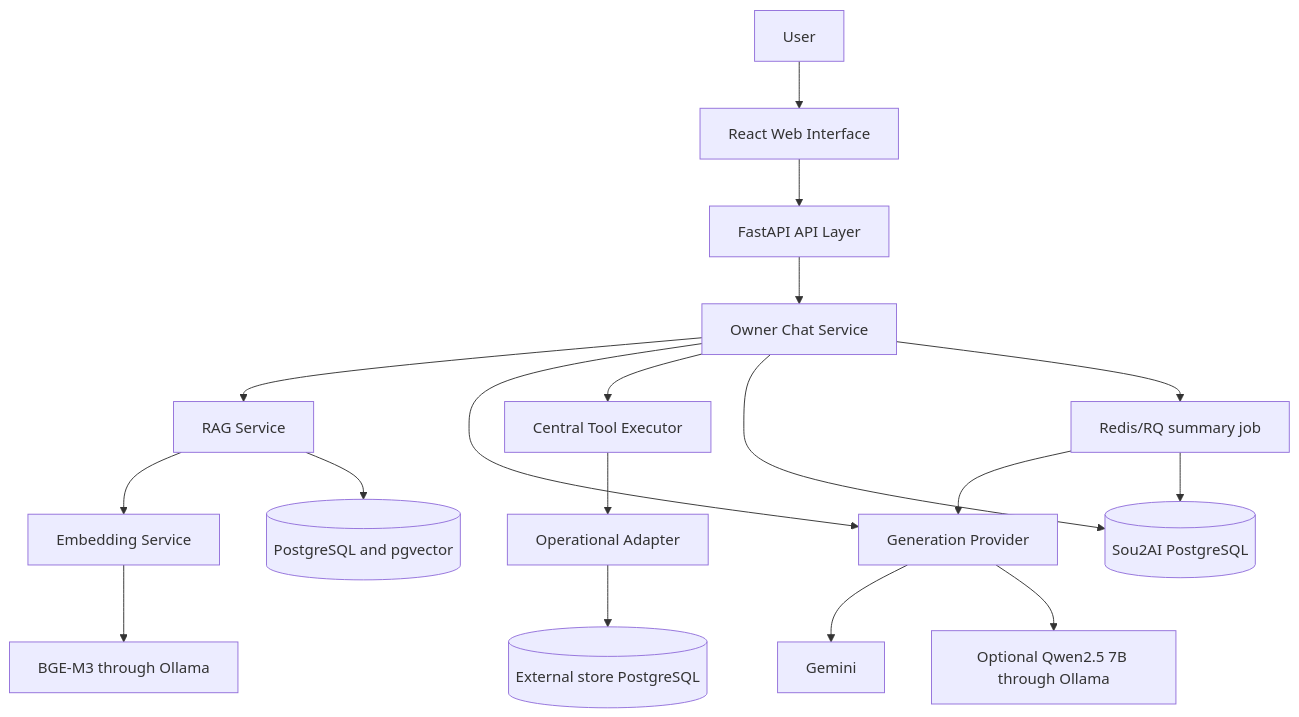
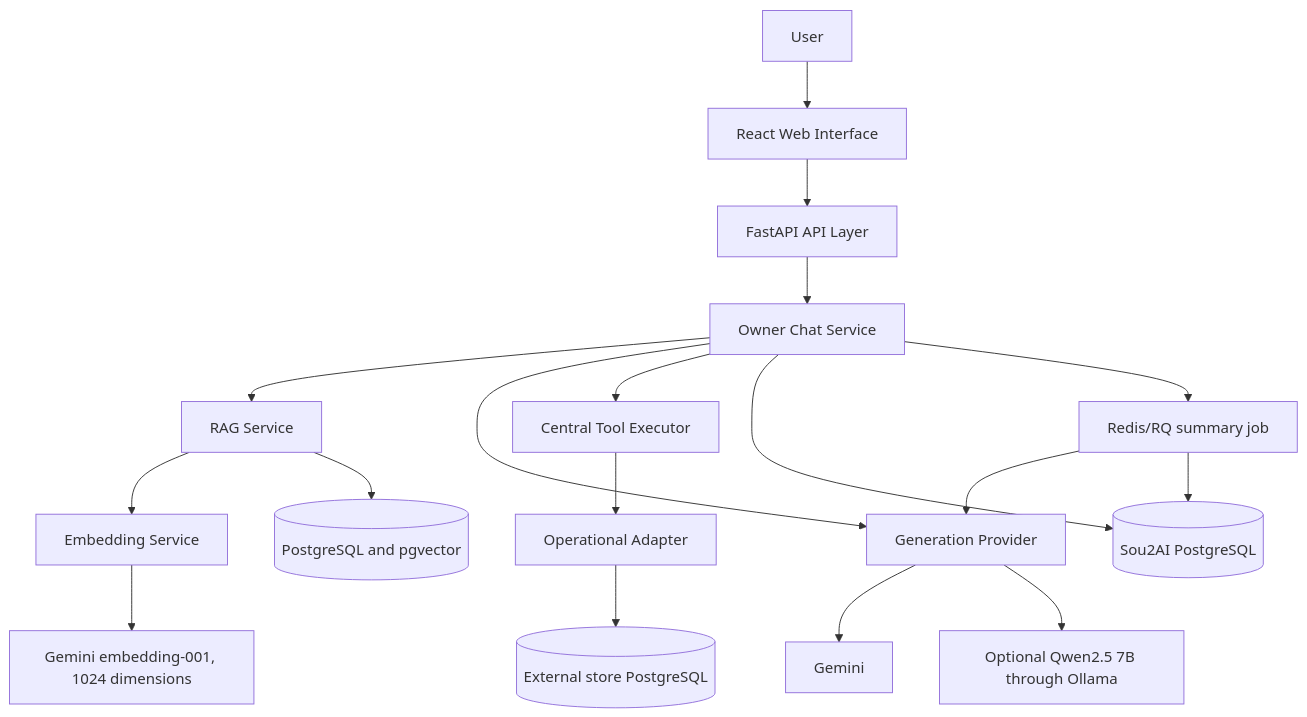
The first of 5 diagrams in ARCHITECTURE.md (mohamedwaked05/Sou2-AI), drawn with Mermaid before and after one commit. The commit also changed other lines of this file and 30 other files, not shown here.

````diff
--- a/ARCHITECTURE.md
+++ b/ARCHITECTURE.md
@@ -16,22 +16,22 @@
 ```mermaid
 flowchart TD
     U[User] --> UI[React Web Interface]
     UI --> API[FastAPI API Layer]
 
     API --> CHAT[Owner Chat Service]
     CHAT --> RAG[RAG Service]
     CHAT --> LLM[Generation Provider]
     CHAT --> EXEC[Central Tool Executor]
     EXEC --> OI
     CHAT --> DB[(Sou2AI PostgreSQL)]
     CHAT --> SQ[Redis/RQ summary job]
     SQ --> LLM
     SQ --> DB
     RAG --> EMBED[Embedding Service]
     RAG --> VECTOR[(PostgreSQL and pgvector)]
     OI[Operational Adapter] --> STORE[(External store PostgreSQL)]
 
-    EMBED --> BGE[BGE-M3 through Ollama]
+    EMBED --> GE[Gemini embedding-001, 1024 dimensions]
     LLM --> GEMINI[Gemini]
     LLM --> QWEN[Optional Qwen2.5 7B through Ollama]
 ```
````
